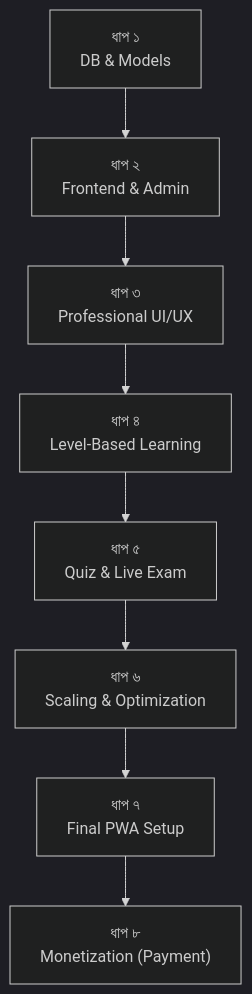
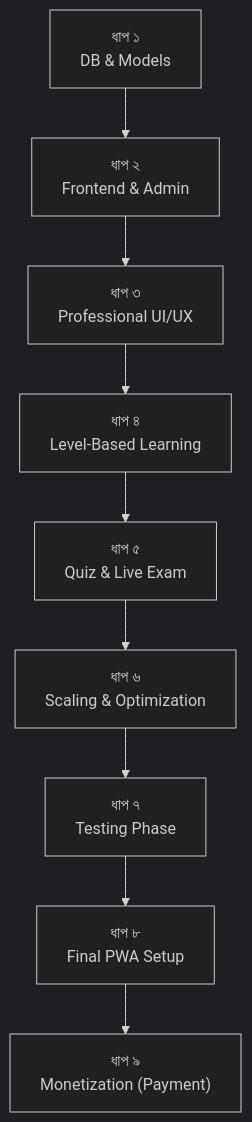
Before and after one commit to Tauhid219/PwaPractice: the diagram in docs/quiz-app-roadmap.md, drawn with Mermaid (dark theme). The commit also changed other lines of this file and 19 other files, not shown here.

First line of the commit message:
feat: phase 7 - Automated Testing, Quiz UX Enhancements & Bug Fixes

````diff
--- a/docs/quiz-app-roadmap.md
+++ b/docs/quiz-app-roadmap.md
@@ -144,10 +157,11 @@
 ```mermaid
 graph TD
     A["ধাপ ১<br>DB & Models"] --> B["ধাপ ২<br>Frontend & Admin"]
     B --> C["ধাপ ৩<br>Professional UI/UX"]
     C --> D["ধাপ ৪<br>Level-Based Learning"]
     D --> E["ধাপ ৫<br>Quiz & Live Exam"]
     E --> F["ধাপ ৬<br>Scaling & Optimization"]
-    F --> G["ধাপ ৭<br>Final PWA Setup"]
-    G --> H["ধাপ ৮<br>Monetization (Payment)"]
+    F --> G["ধাপ ৭<br>Testing Phase"]
+    G --> H["ধাপ ৮<br>Final PWA Setup"]
+    H --> I["ধাপ ৯<br>Monetization (Payment)"]
 ```
````
